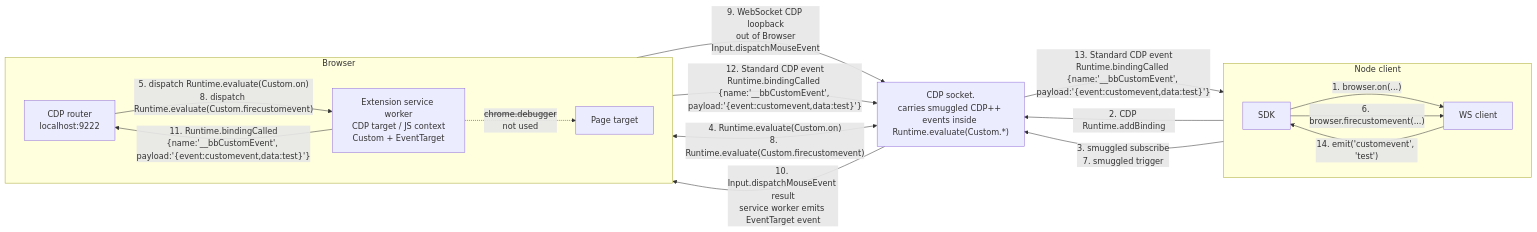
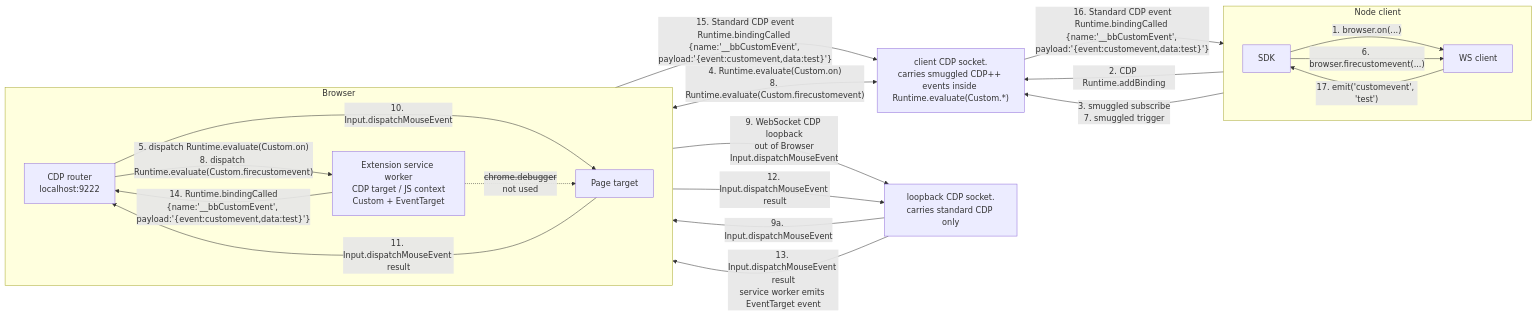
Before and after one commit to pirate/chrome-cdp-extension-bridge: the fourth of 4 diagrams in README.md, drawn with Mermaid. The commit also changed other lines of this file, not shown here.

Commit message:
fix diagrams

````diff
--- a/README.md
+++ b/README.md
@@ -134,31 +141,36 @@
 ```mermaid
 flowchart LR
   subgraph Node["Node client"]
     direction LR
     SDK["SDK"]
     WS["WS client"]
     SDK -->|"1. browser.on(...)"| WS
     SDK -->|"6. browser.firecustomevent(...)"| WS
   end
 
   subgraph Browser["Browser"]
     direction LR
     CDP["CDP router<br/>localhost:9222"]
     SW["Extension service worker<br/>CDP target / JS context<br/>Custom + EventTarget"]
     Page["Page target"]
     CDP -->|"5. dispatch Runtime.evaluate(Custom.on)<br/>8. dispatch Runtime.evaluate(Custom.firecustomevent)"| SW
+    CDP -->|"10. Input.dispatchMouseEvent"| Page
+    Page -->|"11. Input.dispatchMouseEvent result"| CDP
     SW -. "<s>chrome.debugger</s><br/>not used" .-> Page
   end
 
-  Socket["CDP socket.<br/>carries smuggled CDP++ events inside Runtime.evaluate(Custom.*)"]
+  ClientSocket["client CDP socket.<br/>carries smuggled CDP++ events inside Runtime.evaluate(Custom.*)"]
+  LoopbackSocket["loopback CDP socket.<br/>carries standard CDP only"]
 
-  WS -->|"2. CDP Runtime.addBinding"| Socket
-  WS -->|"3. smuggled subscribe<br/>7. smuggled trigger"| Socket
-  Socket <-->|"4. Runtime.evaluate(Custom.on)<br/>8. Runtime.evaluate(Custom.firecustomevent)"| CDP
-  SW -->|"9. WebSocket CDP loopback<br/>out of Browser<br/>Input.dispatchMouseEvent"| Socket
-  Socket -->|"10. Input.dispatchMouseEvent result<br/>service worker emits EventTarget event"| SW
-  SW -->|"11. Runtime.bindingCalled<br/>{name:'__bbCustomEvent', payload:'{event:customevent,data:test}'}"| CDP
-  CDP -->|"12. Standard CDP event<br/>Runtime.bindingCalled {name:'__bbCustomEvent', payload:'{event:customevent,data:test}'}"| Socket
-  Socket -->|"13. Standard CDP event<br/>Runtime.bindingCalled {name:'__bbCustomEvent', payload:'{event:customevent,data:test}'}"| WS
-  WS -->|"14. emit('customevent', 'test')"| SDK
+  WS -->|"2. CDP Runtime.addBinding"| ClientSocket
+  WS -->|"3. smuggled subscribe<br/>7. smuggled trigger"| ClientSocket
+  ClientSocket <-->|"4. Runtime.evaluate(Custom.on)<br/>8. Runtime.evaluate(Custom.firecustomevent)"| CDP
+  SW -->|"9. WebSocket CDP loopback<br/>out of Browser<br/>Input.dispatchMouseEvent"| LoopbackSocket
+  LoopbackSocket -->|"9a. Input.dispatchMouseEvent"| CDP
+  CDP -->|"12. Input.dispatchMouseEvent result"| LoopbackSocket
+  LoopbackSocket -->|"13. Input.dispatchMouseEvent result<br/>service worker emits EventTarget event"| SW
+  SW -->|"14. Runtime.bindingCalled<br/>{name:'__bbCustomEvent', payload:'{event:customevent,data:test}'}"| CDP
+  CDP -->|"15. Standard CDP event<br/>Runtime.bindingCalled {name:'__bbCustomEvent', payload:'{event:customevent,data:test}'}"| ClientSocket
+  ClientSocket -->|"16. Standard CDP event<br/>Runtime.bindingCalled {name:'__bbCustomEvent', payload:'{event:customevent,data:test}'}"| WS
+  WS -->|"17. emit('customevent', 'test')"| SDK
 ```
````
